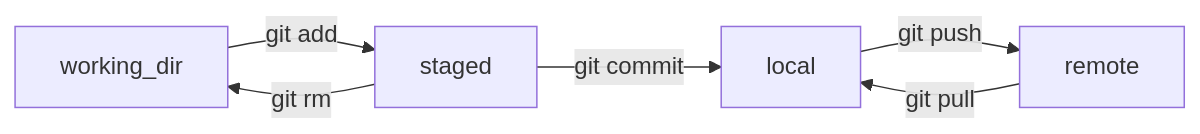
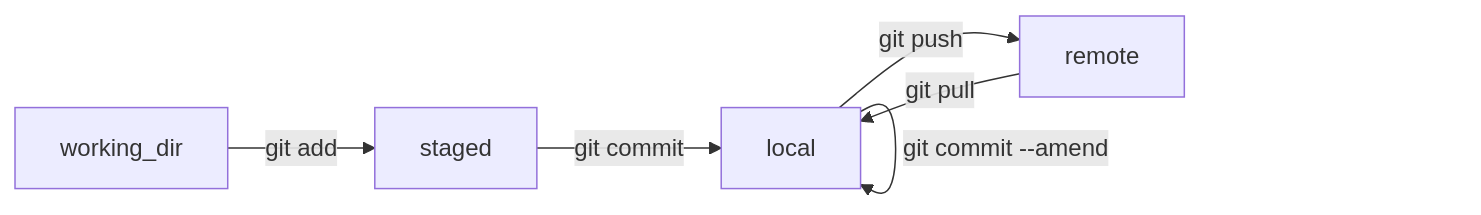
One commit to rapidity-space/git-resources changed the diagram in README.md. Above: the diagram before and after it, drawn with Mermaid.

````diff
--- a/README.md
+++ b/README.md
@@ -8,8 +8,8 @@
 ```mermaid
   flowchart LR;
       working_dir-->|git add|staged;
-      staged-->|git rm|working_dir;
       staged-->|git commit|local;
+      local-->|git commit --amend|local;
       local-->|git push|remote;
       remote-->|git pull|local;
 ```
````
